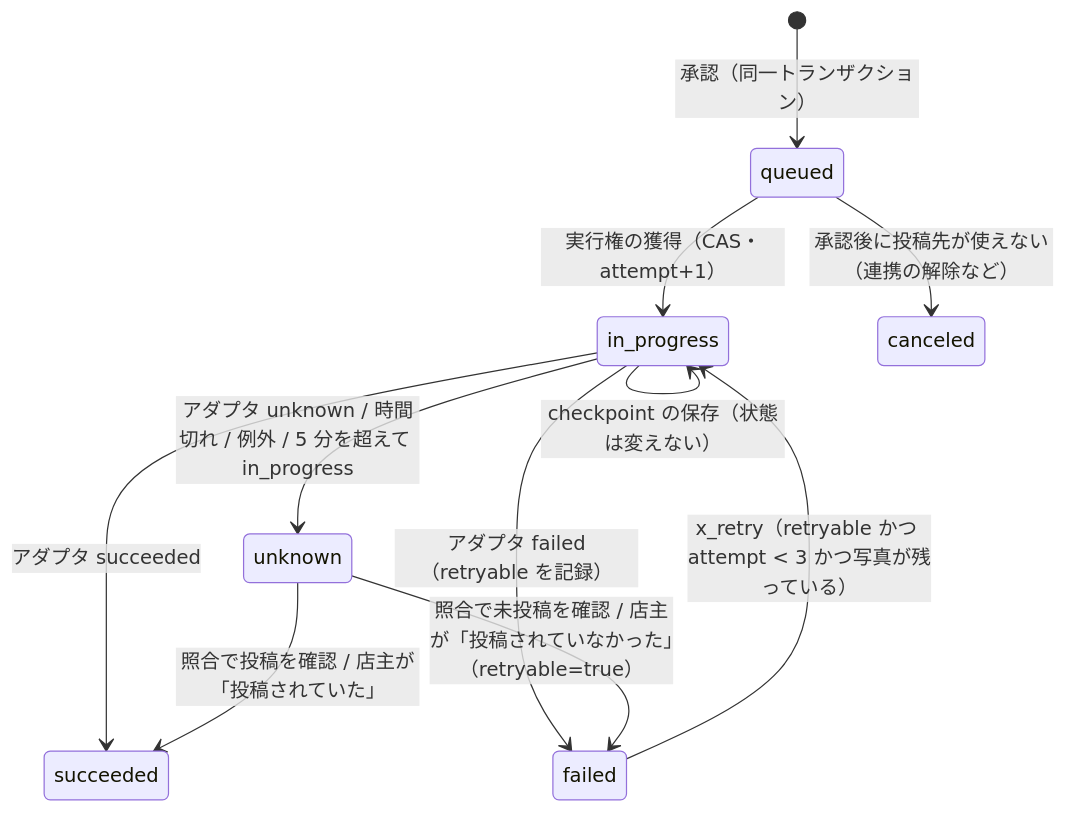
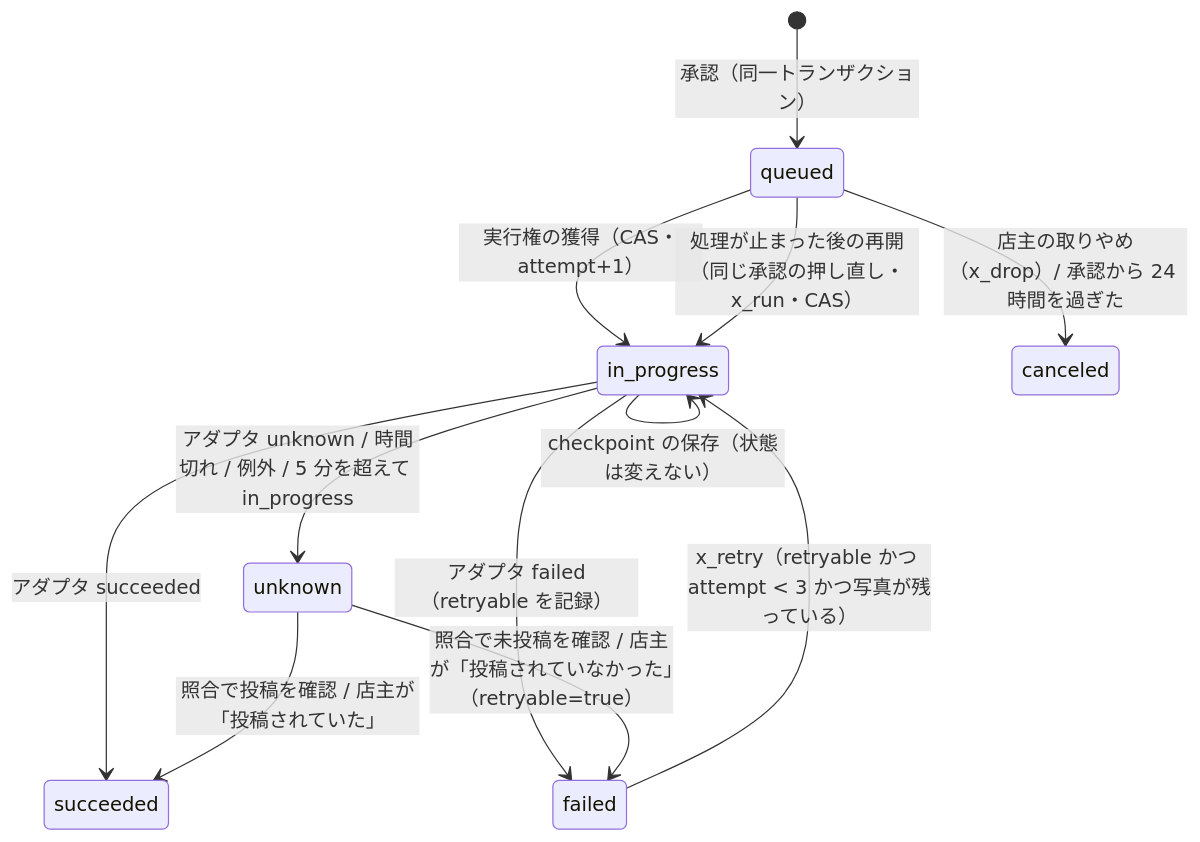
Before and after one commit to ManatoYamashita/fw-line-meo: the third of 4 diagrams in .kiro/specs/line-crosspost/design.md, drawn with Mermaid. The commit also changed other lines of this file and 3 other files, not shown here.

````diff
--- a/.kiro/specs/line-crosspost/design.md
+++ b/.kiro/specs/line-crosspost/design.md
@@ -152,13 +155,14 @@
 ```mermaid
 stateDiagram-v2
   [*] --> queued: 承認（同一トランザクション）
   queued --> in_progress: 実行権の獲得（CAS・attempt+1）
   in_progress --> succeeded: アダプタ succeeded
   in_progress --> failed: アダプタ failed（retryable を記録）
   in_progress --> unknown: アダプタ unknown / 時間切れ / 例外 / 5 分を超えて in_progress
   in_progress --> in_progress: checkpoint の保存（状態は変えない）
   failed --> in_progress: x_retry（retryable かつ attempt < 3 かつ写真が残っている）
   unknown --> succeeded: 照合で投稿を確認 / 店主が「投稿されていた」
   unknown --> failed: 照合で未投稿を確認 / 店主が「投稿されていなかった」（retryable=true）
-  queued --> canceled: 承認後に投稿先が使えない（連携の解除など）
+  queued --> in_progress: 処理が止まった後の再開（同じ承認の押し直し・x_run・CAS）
+  queued --> canceled: 店主の取りやめ（x_drop）/ 承認から 24 時間を過ぎた
 ```
````
